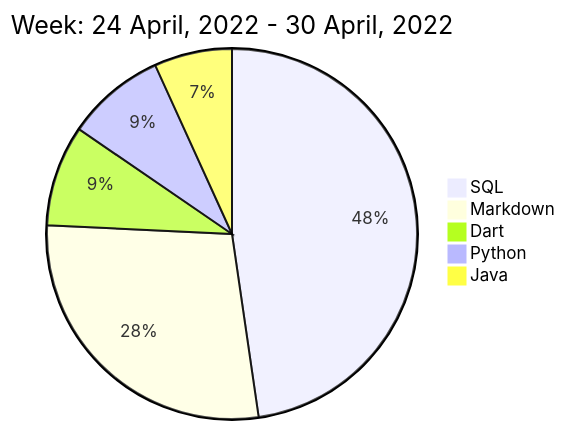
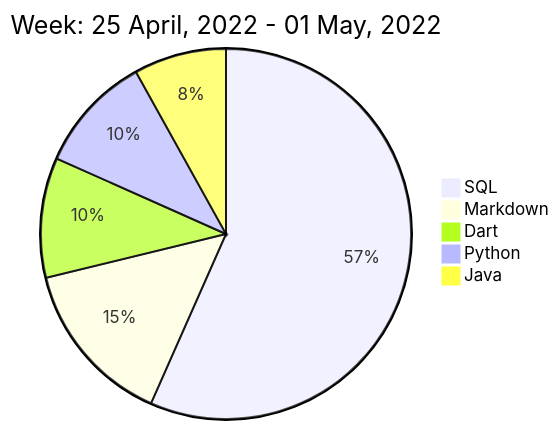
Before and after one commit to liubin95/liubin95: the diagram in README.md, drawn with Mermaid.

Commit message:
Updated the Graph with new Metrics

````diff
--- a/README.md
+++ b/README.md
@@ -40,9 +40,9 @@
 ```mermaid
  pie
-title Week: 24 April, 2022 - 30 April, 2022
+title Week: 25 April, 2022 - 01 May, 2022
  "SQL" : 8.28
- "Markdown" : 4.87
+ "Markdown" : 2.13
  "Dart" : 1.53
  "Python" : 1.5
  "Java" : 1.18
 ```
````
